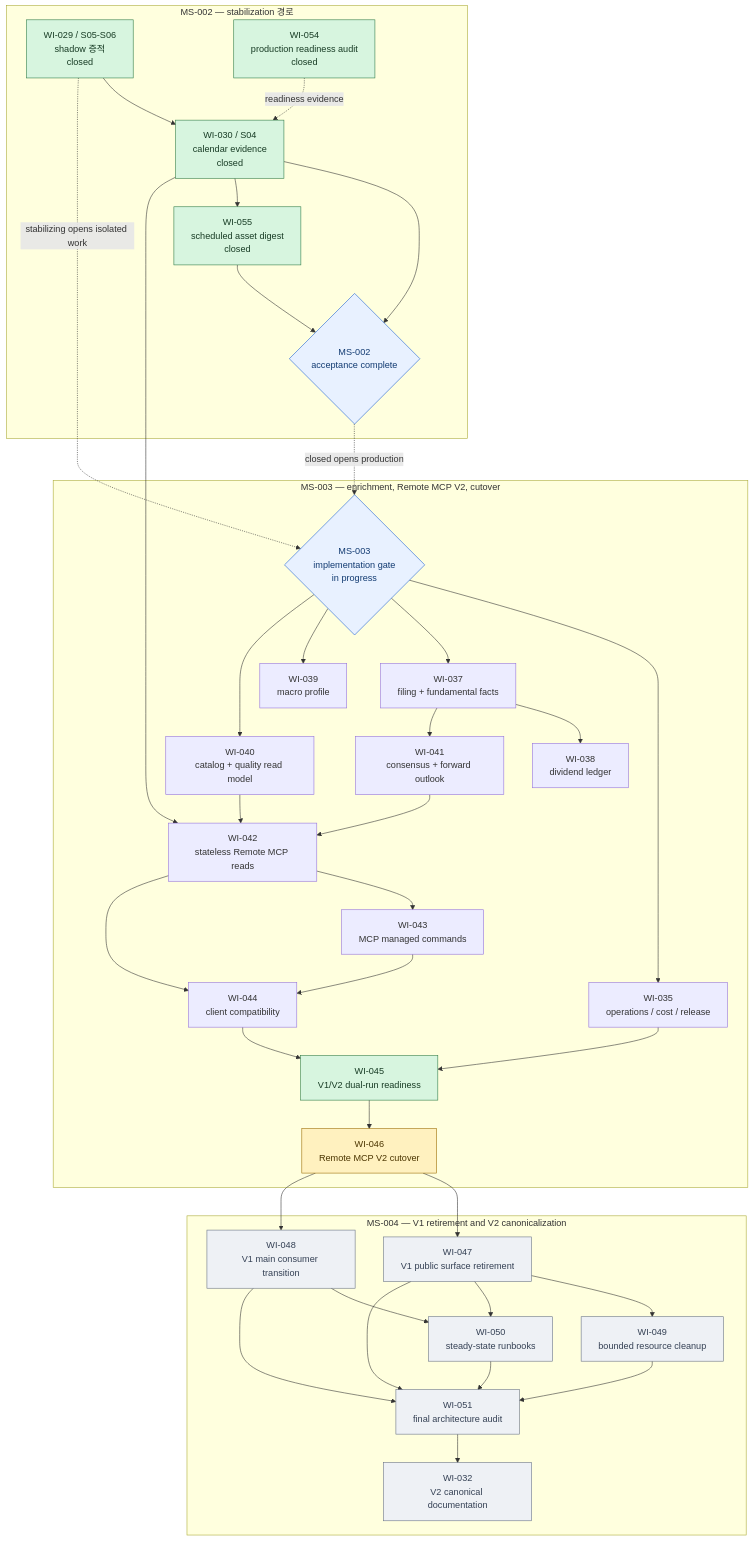
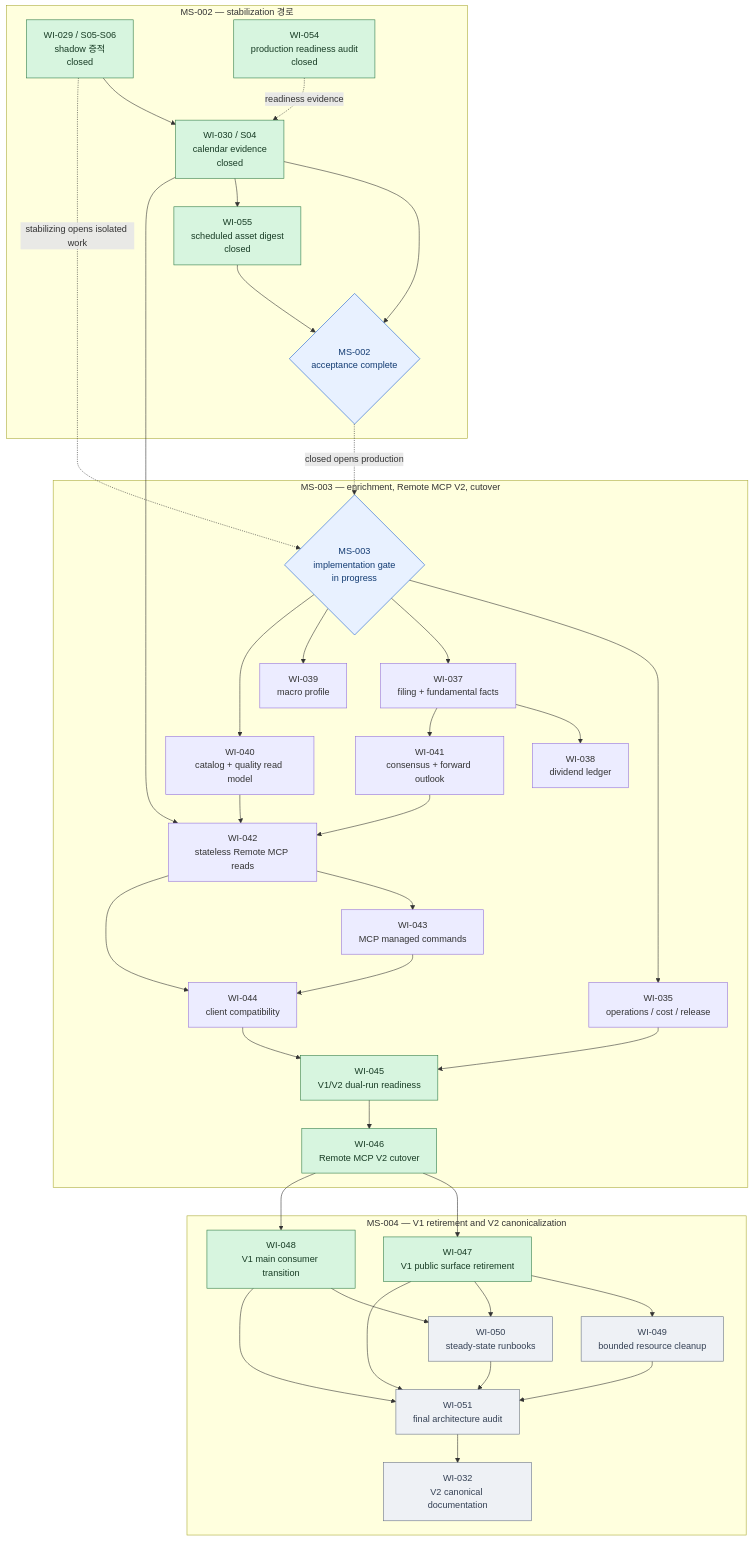
Before and after one commit to meringue5/KIS_Portfolio_MCP: the third of 3 diagrams in docs/milestones/README.md, drawn with Mermaid. The commit also changed other lines of this file and 3 other files, not shown here.

````diff
--- a/docs/milestones/README.md
+++ b/docs/milestones/README.md
@@ -142,80 +142,80 @@
 ```mermaid
 flowchart TB
     subgraph M2["MS-002 — stabilization 경로"]
         W29["WI-029 / S05-S06<br/>shadow 증적<br/>closed"]
         W30["WI-030 / S04<br/>calendar evidence<br/>closed"]
         W54["WI-054<br/>production readiness audit<br/>closed"]
         W55["WI-055<br/>scheduled asset digest<br/>closed"]
         M2DONE{"MS-002<br/>acceptance complete"}
         W29 --> W30 --> M2DONE
         W30 --> W55 --> M2DONE
         W54 -. readiness evidence .-> W30
     end
 
     subgraph M3["MS-003 — enrichment, Remote MCP V2, cutover"]
         M3OPEN{"MS-003<br/>implementation gate<br/>in progress"}
         W35["WI-035<br/>operations / cost / release"]
         W37["WI-037<br/>filing + fundamental facts"]
         W38["WI-038<br/>dividend ledger"]
         W39["WI-039<br/>macro profile"]
         W40["WI-040<br/>catalog + quality read model"]
         W41["WI-041<br/>consensus + forward outlook"]
         W42["WI-042<br/>stateless Remote MCP reads"]
         W43["WI-043<br/>MCP managed commands"]
         W44["WI-044<br/>client compatibility"]
         W45["WI-045<br/>V1/V2 dual-run readiness"]
         W46["WI-046<br/>Remote MCP V2 cutover"]
 
         M3OPEN --> W35
         M3OPEN --> W37
         M3OPEN --> W39
         M3OPEN --> W40
         W37 --> W38
         W37 --> W41
         W30 --> W42
         W40 --> W42
         W41 --> W42
         W42 --> W43
         W42 --> W44
         W43 --> W44
         W35 --> W45
         W44 --> W45 --> W46
     end
 
     subgraph M4["MS-004 — V1 retirement and V2 canonicalization"]
         W47["WI-047<br/>V1 public surface retirement"]
         W48["WI-048<br/>V1 main consumer transition"]
         W49["WI-049<br/>bounded resource cleanup"]
         W50["WI-050<br/>steady-state runbooks"]
         W51["WI-051<br/>final architecture audit"]
         W32["WI-032<br/>V2 canonical documentation"]
 
         W46 --> W47
         W46 --> W48
         W47 --> W49
         W47 --> W50
         W48 --> W50
         W47 --> W51
         W48 --> W51
         W49 --> W51
         W50 --> W51
         W51 --> W32
     end
 
     W29 -. stabilizing opens isolated work .-> M3OPEN
     M2DONE -. closed opens production .-> M3OPEN
 
     classDef active fill:#fff1bf,stroke:#9a6b00,color:#4b3500;
     classDef closed fill:#d7f5df,stroke:#2d7a46,color:#173b24;
     classDef ready fill:#e8f1ff,stroke:#175cd3,color:#123b72;
     classDef blocked fill:#fde2e2,stroke:#b42318,color:#5b1712;
     classDef proposed fill:#eef1f5,stroke:#667085,color:#344054;
     classDef gate fill:#e8f1ff,stroke:#175cd3,color:#123b72;
     class W29,W30,W54,W55 closed;
     class W35,W40 verified;
     class W37,W38,W39,W41,W42,W43,W44 verified;
     class W45 closed;
-    class W46 active;
-    class W47,W48,W49,W50,W51,W32 proposed;
+    class W46,W47,W48 closed;
+    class W49,W50,W51,W32 proposed;
     class M2DONE,M3OPEN gate;
 ```
````
